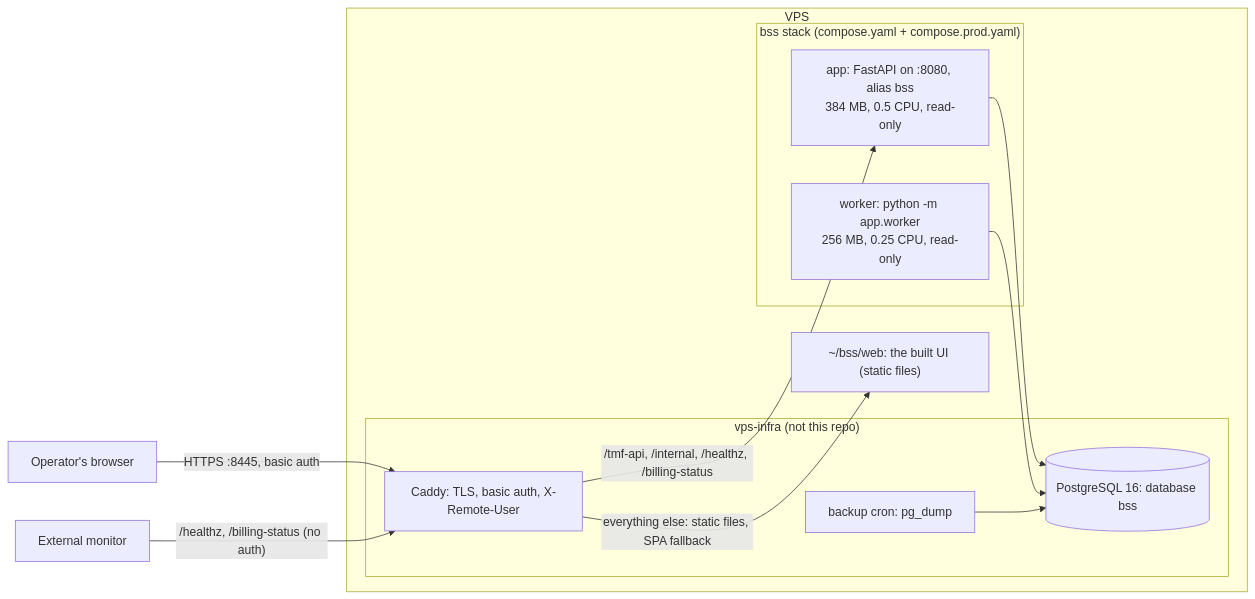
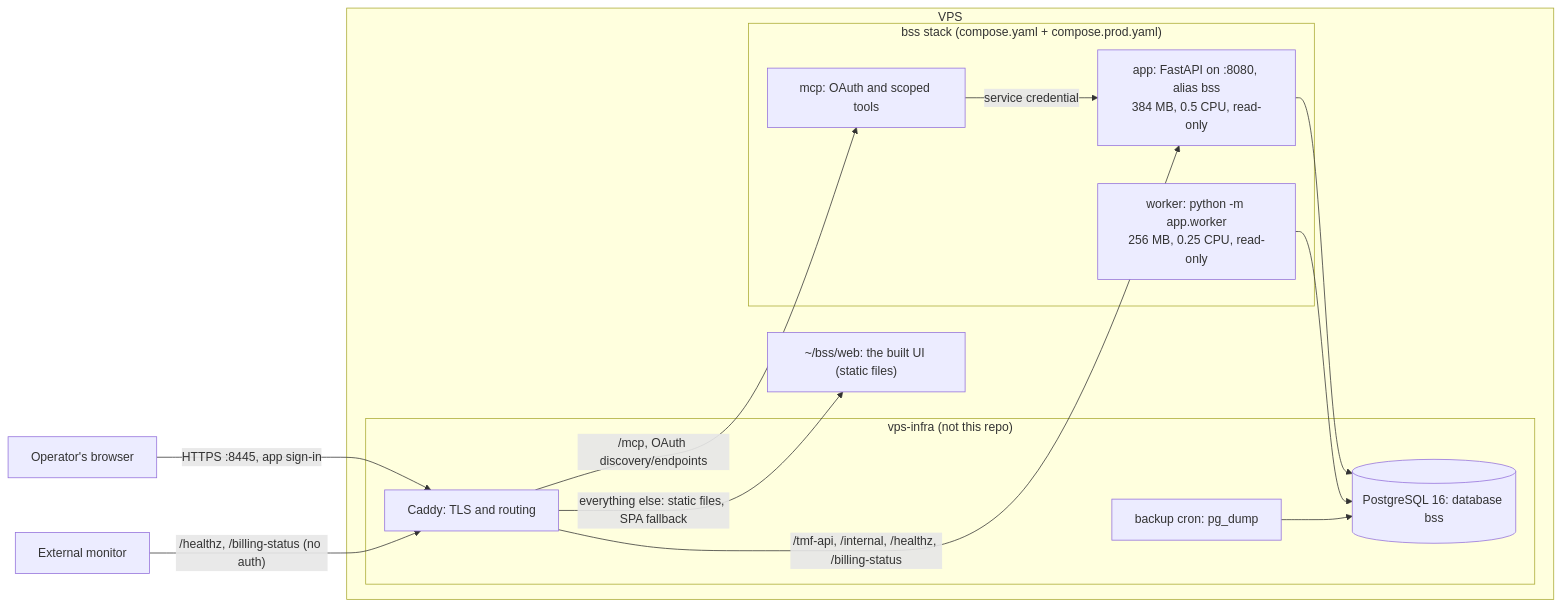
The diagram in docs/overview.md (altharmz/bss), drawn with Mermaid before and after one commit. The commit also changed other lines of this file and 27 other files, not shown here.

````diff
--- a/docs/overview.md
+++ b/docs/overview.md
@@ -98,22 +98,25 @@
 ```mermaid
 flowchart LR
-  user[Operator's browser] -- "HTTPS :8445, basic auth" --> caddy
+  user[Operator's browser] -- "HTTPS :8445, app sign-in" --> caddy
   monitor[External monitor] -- "/healthz, /billing-status (no auth)" --> caddy
   subgraph vps["VPS"]
     subgraph infra["vps-infra (not this repo)"]
-      caddy[Caddy: TLS, basic auth, X-Remote-User]
+      caddy[Caddy: TLS and routing]
       pg[(PostgreSQL 16: database bss)]
       backup[backup cron: pg_dump]
     end
     subgraph bss["bss stack (compose.yaml + compose.prod.yaml)"]
       app["app: FastAPI on :8080, alias bss<br/>384 MB, 0.5 CPU, read-only"]
+      mcp["mcp: OAuth and scoped tools"]
       worker["worker: python -m app.worker<br/>256 MB, 0.25 CPU, read-only"]
     end
     web["~/bss/web: the built UI (static files)"]
   end
   caddy -- "/tmf-api, /internal, /healthz, /billing-status" --> app
   caddy -- "everything else: static files, SPA fallback" --> web
+  caddy -- "/mcp, OAuth discovery/endpoints" --> mcp
+  mcp -- "service credential" --> app
   app --> pg
   worker --> pg
   backup --> pg
 ```
````
